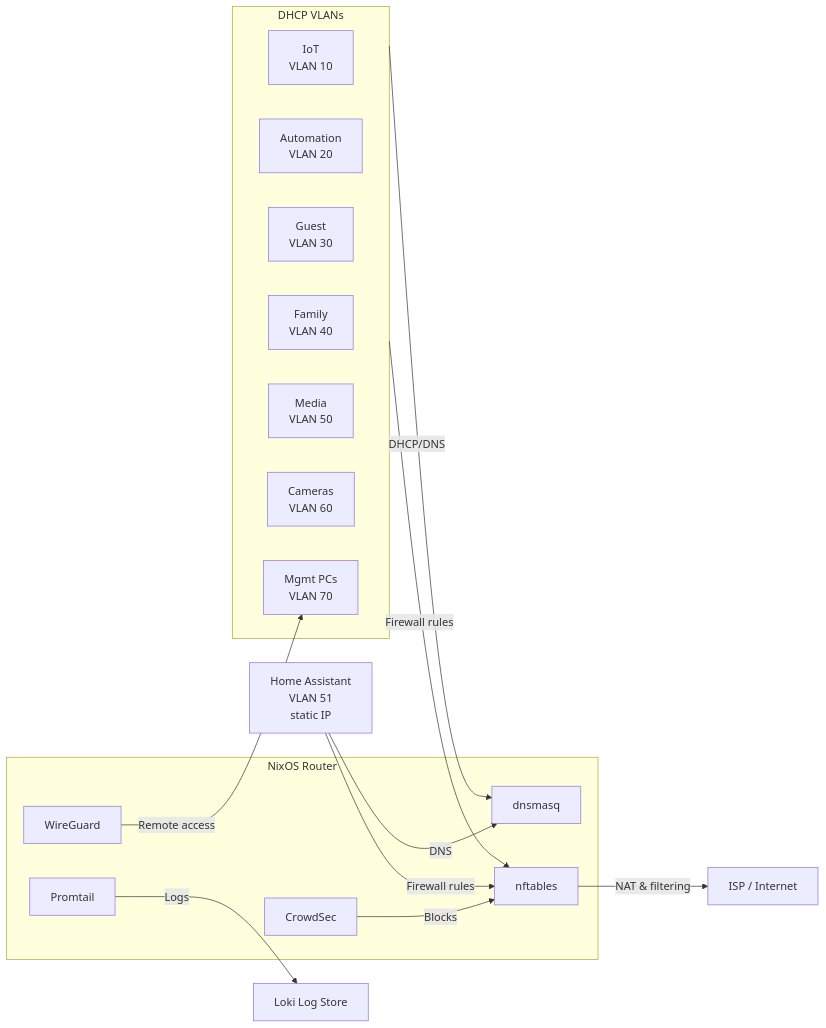
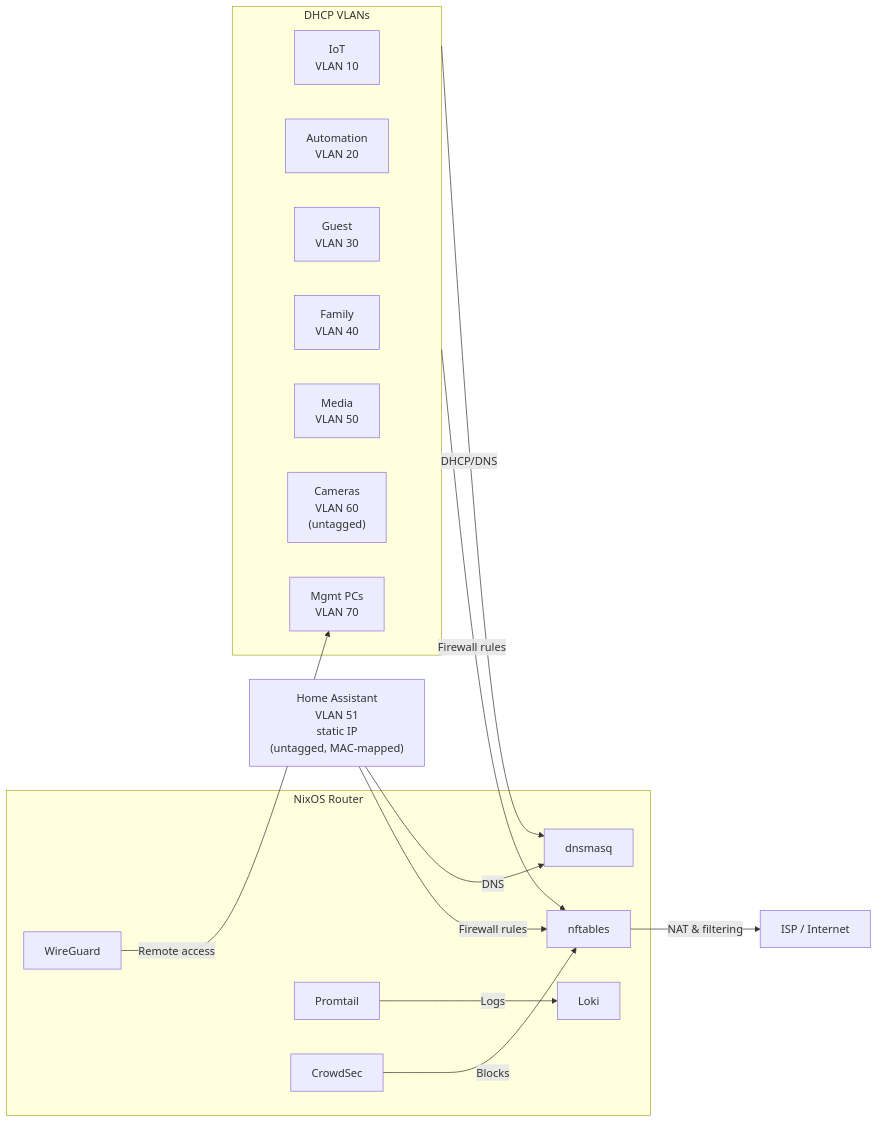
The first of 8 diagrams in SOFTWARE.md (GEMISIS/home-network-setup), drawn with Mermaid before and after one commit. The commit also changed other lines of this file and 2 other files, not shown here.

Commit message:
Clarify untagged HA and camera VLAN handling

````diff
--- a/SOFTWARE.md
+++ b/SOFTWARE.md
@@ -19,36 +19,36 @@
 ```mermaid
 flowchart LR
     %% Router services
     subgraph Router["NixOS Router"]
         NF["nftables"]
         DM["dnsmasq"]
         WG["WireGuard"]
         PR["Promtail"]
         CS["CrowdSec"]
+        LK["Loki"]
     end
 
     %% Networks
     subgraph DHCPVLANs["DHCP VLANs"]
         IoT["IoT\nVLAN 10"]
         Auto["Automation\nVLAN 20"]
         Guest["Guest\nVLAN 30"]
         Family["Family\nVLAN 40"]
         Media["Media\nVLAN 50"]
-        Cameras["Cameras\nVLAN 60"]
+        Cameras["Cameras\nVLAN 60\n(untagged)"]
         Mgmt["Mgmt PCs\nVLAN 70"]
     end
-    HA["Home Assistant\nVLAN 51\nstatic IP"]
+    HA["Home Assistant\nVLAN 51\nstatic IP\n(untagged, MAC-mapped)"]
 
     ISP["ISP / Internet"]
-    Loki["Loki Log Store"]
 
     %% Service links
     DHCPVLANs -->|"DHCP/DNS"| DM
     HA -->|"DNS"| DM
     DHCPVLANs -->|"Firewall rules"| NF
     HA -->|"Firewall rules"| NF
     NF -->|"NAT & filtering"| ISP
     WG -->|"Remote access"| Mgmt
-    PR -->|"Logs"| Loki
+    PR -->|"Logs"| LK
     CS -->|"Blocks"| NF
 ```
````
